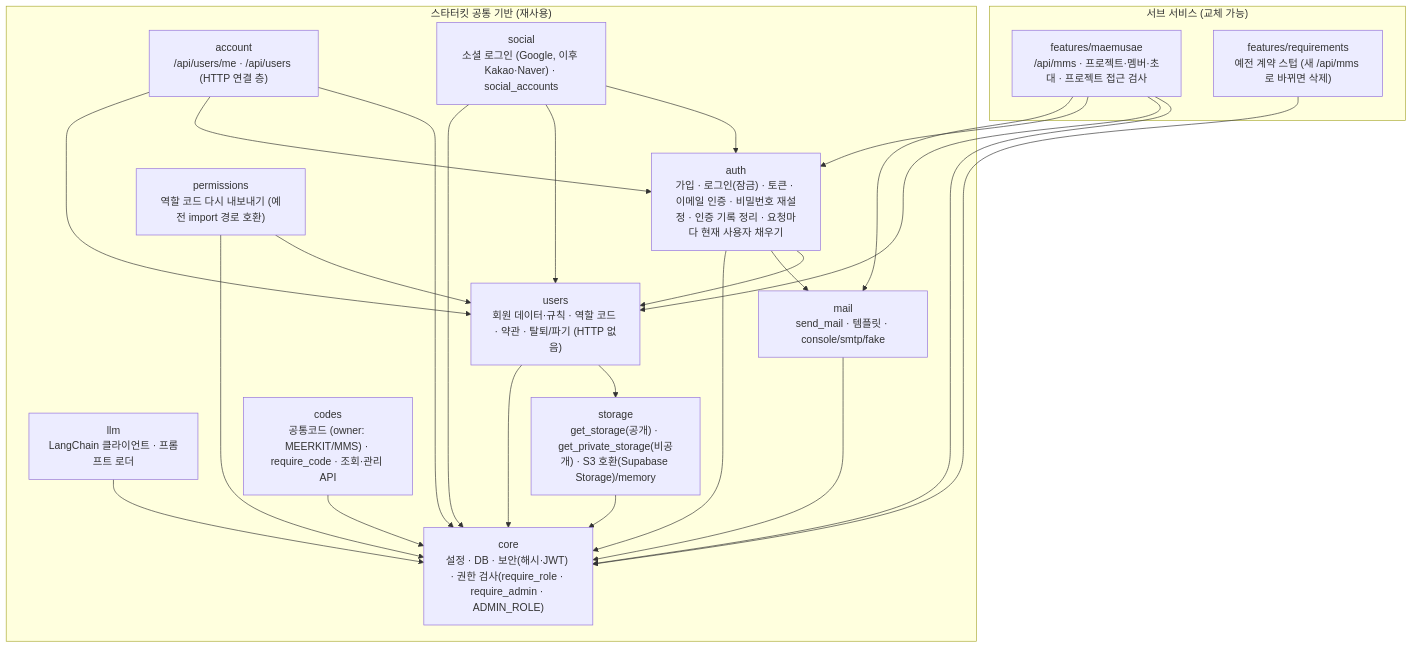
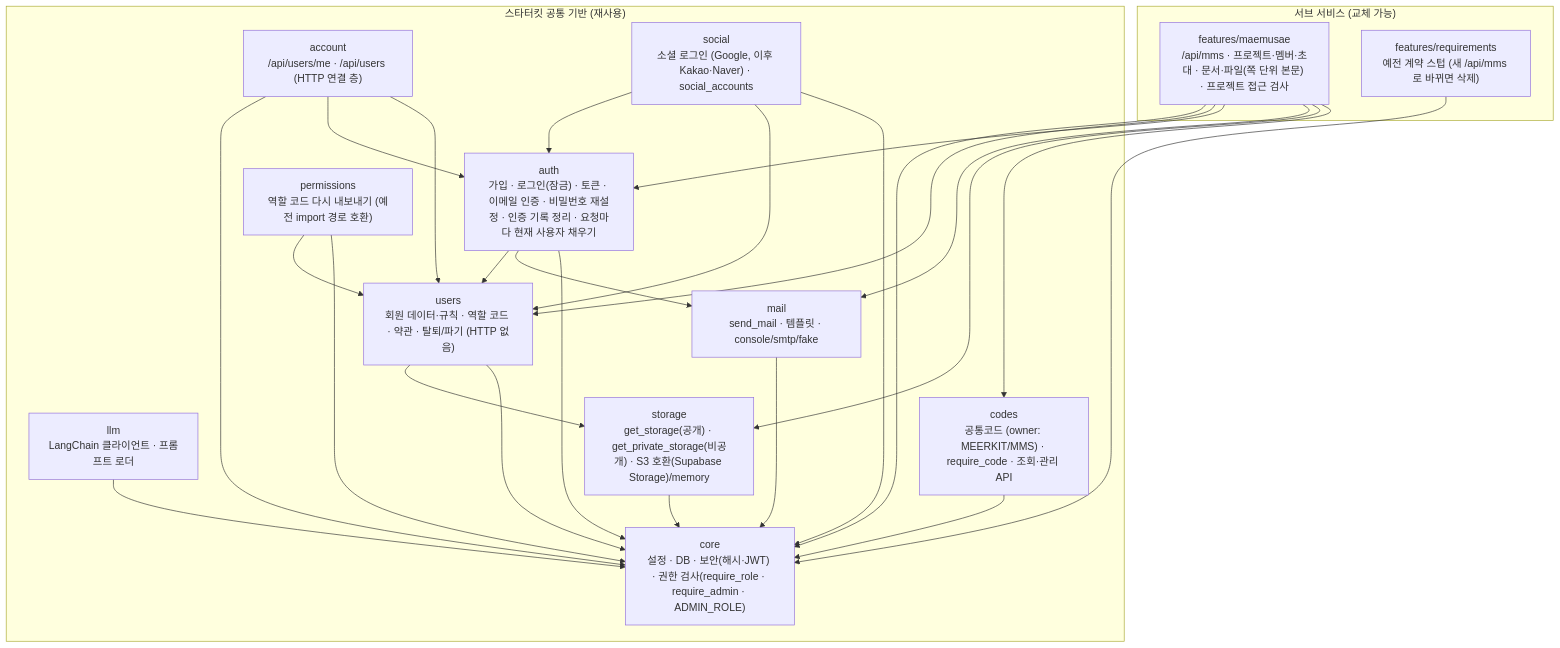
The diagram in docs/architecture.md (SNACKCUP/meerkit-snack), drawn with Mermaid before and after one commit. The commit also changed other lines of this file and 23 other files, not shown here.

````diff
--- a/docs/architecture.md
+++ b/docs/architecture.md
@@ -14,41 +14,43 @@
 ```mermaid
 flowchart TB
     subgraph KIT["스타터킷 공통 기반 (재사용)"]
         core["core<br/>설정 · DB · 보안(해시·JWT) · 권한 검사(require_role · require_admin · ADMIN_ROLE)"]
         users["users<br/>회원 데이터·규칙 · 역할 코드 · 약관 · 탈퇴/파기 (HTTP 없음)"]
         auth["auth<br/>가입 · 로그인(잠금) · 토큰 · 이메일 인증 · 비밀번호 재설정 · 인증 기록 정리 · 요청마다 현재 사용자 채우기"]
         perm["permissions<br/>역할 코드 다시 내보내기 (예전 import 경로 호환)"]
         account["account<br/>/api/users/me · /api/users (HTTP 연결 층)"]
         social["social<br/>소셜 로그인 (Google, 이후 Kakao·Naver) · social_accounts"]
         llm["llm<br/>LangChain 클라이언트 · 프롬프트 로더"]
         mail["mail<br/>send_mail · 템플릿 · console/smtp/fake"]
         storage["storage<br/>get_storage(공개) · get_private_storage(비공개) · S3 호환(Supabase Storage)/memory"]
         codes["codes<br/>공통코드 (owner: MEERKIT/MMS) · require_code · 조회·관리 API"]
     end
     subgraph FEAT["서브 서비스 (교체 가능)"]
-        mms["features/maemusae<br/>/api/mms · 프로젝트·멤버·초대 · 프로젝트 접근 검사"]
+        mms["features/maemusae<br/>/api/mms · 프로젝트·멤버·초대 · 문서·파일(쪽 단위 본문) · 프로젝트 접근 검사"]
         req["features/requirements<br/>예전 계약 스텁 (새 /api/mms 로 바뀌면 삭제)"]
     end
     mms --> core
     mms --> users
     mms --> auth
     mms --> mail
+    mms --> storage
+    mms --> codes
     req --> core
     account --> core
     account --> auth
     account --> users
     social --> auth
     social --> users
     perm --> users
     auth --> users
     auth --> mail
     users --> storage
     users --> core
     auth --> core
     social --> core
     perm --> core
     mail --> core
     llm --> core
     storage --> core
     codes --> core
 ```
````
